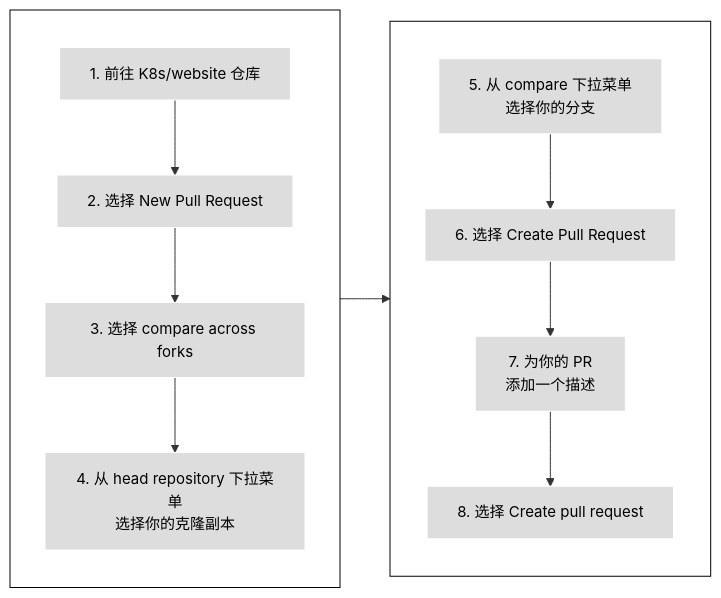
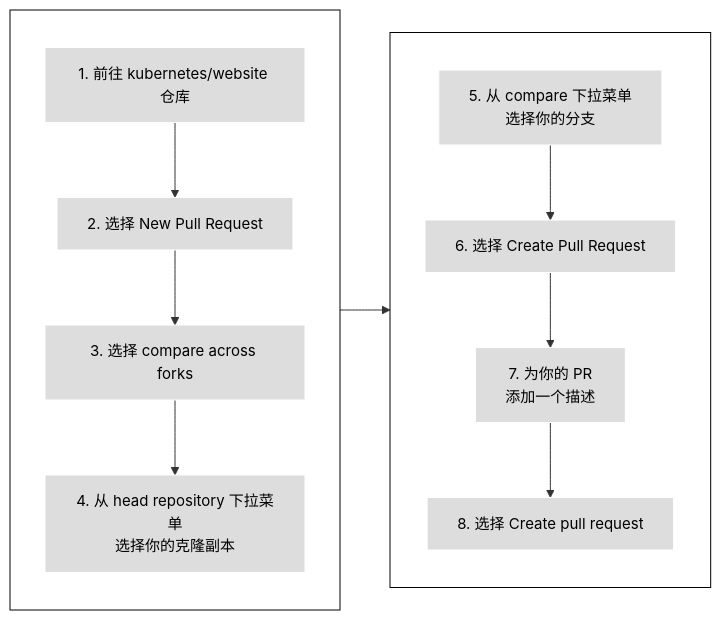
One commit to KimSJ15/kubernetes_website changed the third of 3 diagrams in content/zh-cn/docs/contribute/new-content/open-a-pr.md. Above: the diagram before and after it, drawn with Mermaid. The commit also changed other lines of this file and 5 other files, not shown here.

```diff
--- a/content/zh-cn/docs/contribute/new-content/open-a-pr.md
+++ b/content/zh-cn/docs/contribute/new-content/open-a-pr.md
@@ -603,22 +603,22 @@
 {{< mermaid >}}
 flowchart LR
 subgraph first[ ]
 direction TB
-1[1. 前往 K8s/website 仓库] --> 2[2. 选择 New Pull Request]
+1[1. 前往 kubernetes/website 仓库] --> 2[2. 选择 New Pull Request]
 2 --> 3[3. 选择 compare across forks]
 3 --> 4[4. 从 head repository 下拉菜单<br>选择你的克隆副本]
 end
 subgraph second [ ]
 direction TB
 5[5. 从 compare 下拉菜单<br>选择你的分支] --> 6[6. 选择 Create Pull Request]
 6 --> 7[7. 为你的 PR<br>添加一个描述]
 7 --> 8[8. 选择 Create pull request]
 end
 
 first --> second
 
 classDef grey fill:#dddddd,stroke:#ffffff,stroke-width:px,color:#000000, font-size:15px;
 classDef white fill:#ffffff,stroke:#000,stroke-width:px,color:#000,font-weight:bold
 class 1,2,3,4,5,6,7,8 grey
 class first,second white
 {{</ mermaid >}}
```
